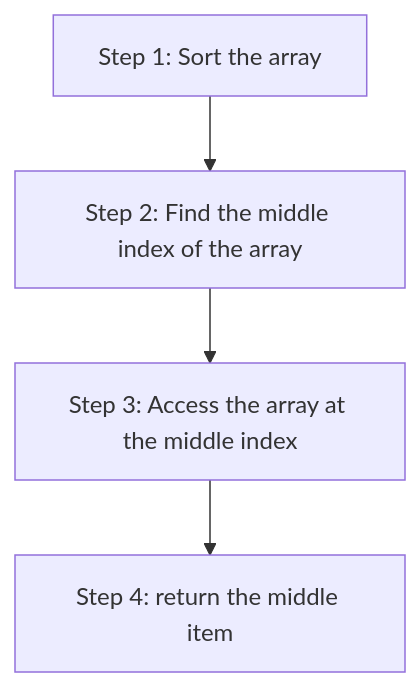
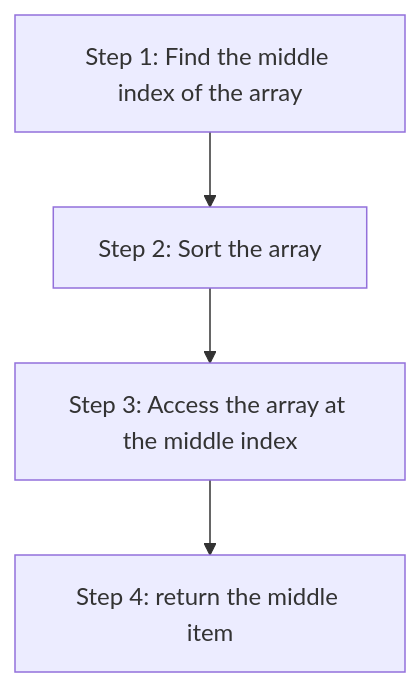
Before and after one commit to CodeYourFuture/curriculum: the diagram in content/js2/blocks/median/index.md, drawn with Mermaid. The commit also changed other lines of this file and 3 other files, not shown here.

````diff
--- a/content/js2/blocks/median/index.md
+++ b/content/js2/blocks/median/index.md
@@ -39,6 +39,6 @@
 ```mermaid
 flowchart TD
-    A[Step 1: Sort the array] --> B[Step 2: Find the middle index of the array]
+    A[Step 1: Find the middle index of the array] --> B[Step 2: Sort the array]
     B --> C[Step 3: Access the array at the middle index]
     C --> D[Step 4: return the middle item]
 ```
````
